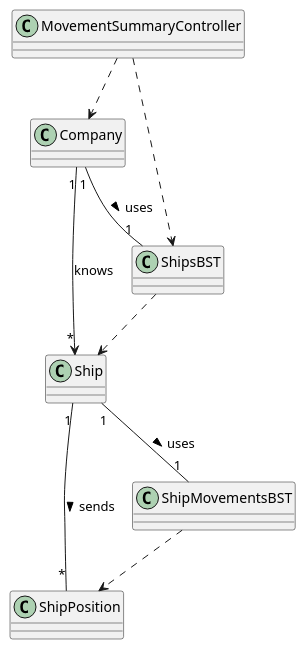
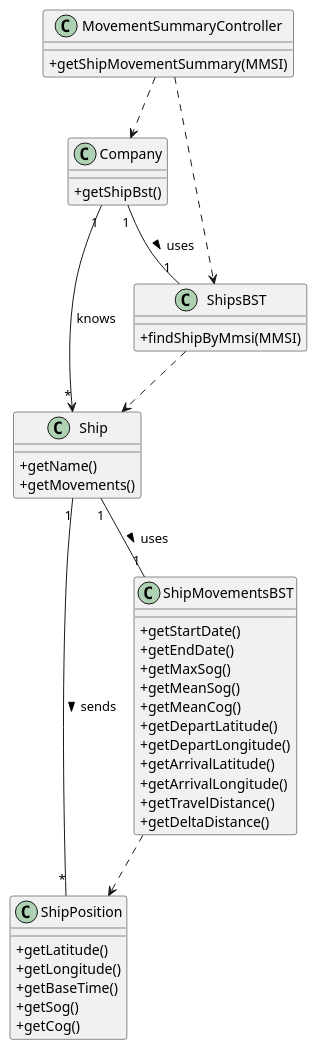
The diagram in docs/US104/CD_104.puml (ana-albergaria/LAPR3-ISEP), drawn with PlantUML before and after one commit. The commit also changed 3 other files, not shown here.

Commit message:
G54-17 #time 30m #comment adding class diagram methods and tests in documentation

```diff
--- a/docs/US104/CD_104.puml
+++ b/docs/US104/CD_104.puml
@@ -1,36 +1,53 @@
 @startuml
 skinparam classAttributeIconSize 0
 
 class Company{
-
+    +getShipBst()
 }
 
 class Ship {
-
+    +getName()
+    +getMovements()
 }
 
 class ShipsBST{
-
+    +findShipByMmsi(MMSI)
 }
 
 class ShipPosition{
+    +getLatitude()
+    +getLongitude()
+    +getBaseTime()
+    +getSog()
+    +getCog()
 }
 
 class ShipMovementsBST {
+    +getStartDate()
+    +getEndDate()
+    +getMaxSog()
+    +getMeanSog()
+    +getMeanCog()
+    +getDepartLatitude()
+    +getDepartLongitude()
+    +getArrivalLatitude()
+    +getArrivalLongitude()
+    +getTravelDistance()
+    +getDeltaDistance()
 }
 
 
 class MovementSummaryController {
-
++getShipMovementSummary(MMSI)
 }
 
 
 MovementSummaryController ..> Company
 MovementSummaryController ..> ShipsBST
 Company "1" --> "*" Ship : knows
 Company "1" -- "1" ShipsBST : uses >
 ShipsBST ..> Ship
 Ship "1" -- "*" ShipPosition : sends >
 Ship "1" -- "1" ShipMovementsBST : uses >
 ShipMovementsBST ..> ShipPosition
 @enduml
```
